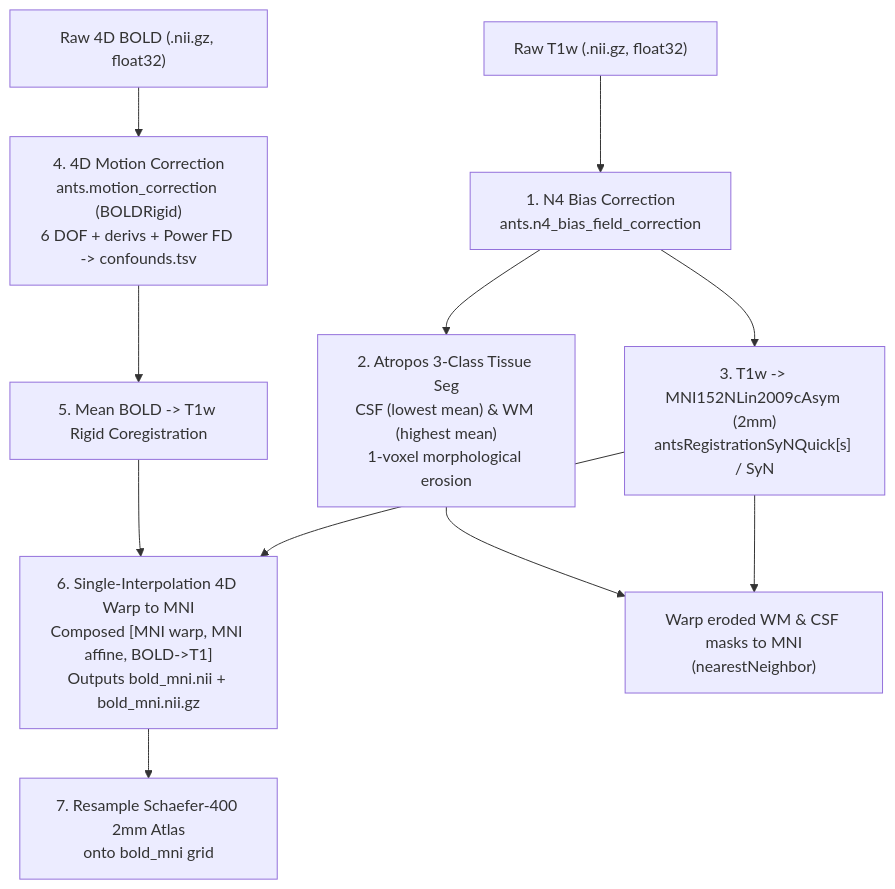
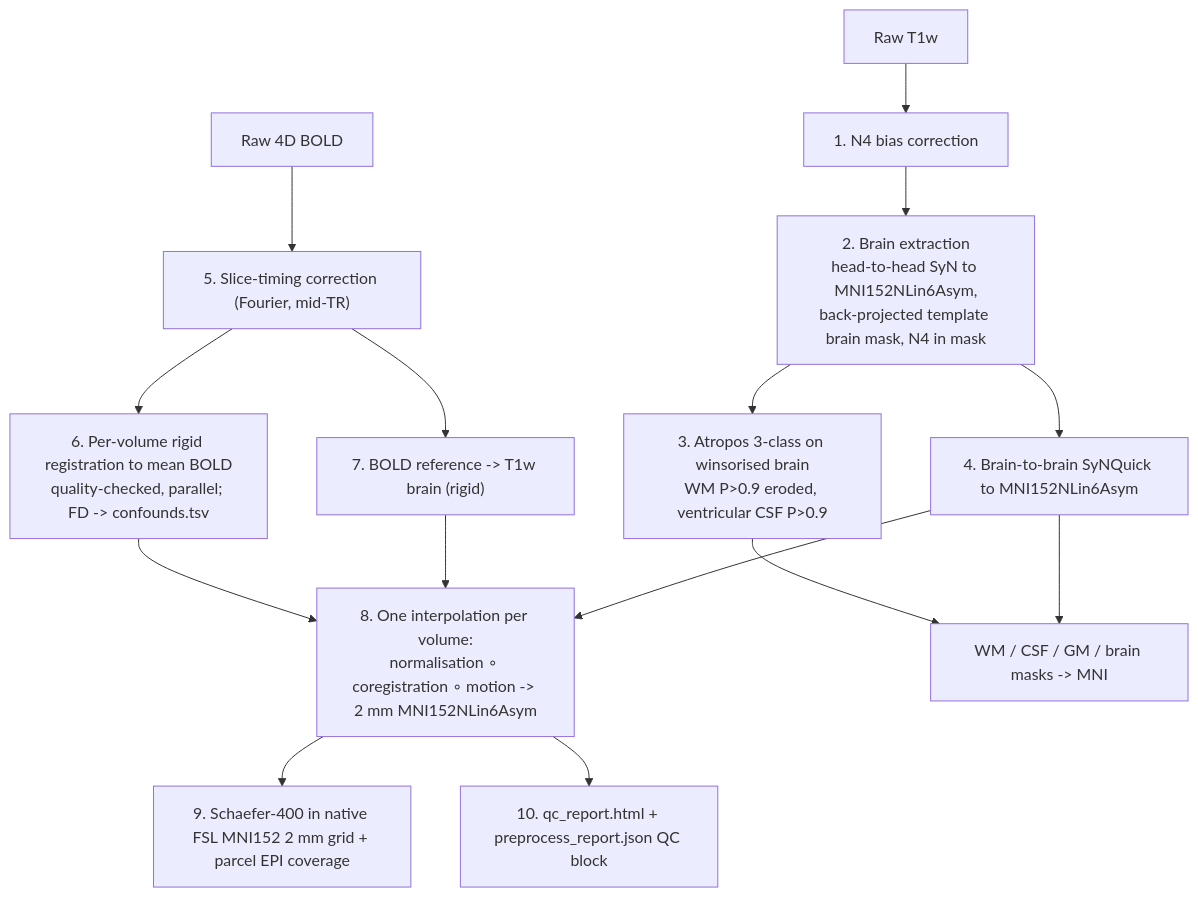
One commit to CCS-NIMHANS/CCS_fMRIStudio changed the diagram in docs/wiki/Preprocessing-and-DICOM-BIDS.md. Above: the diagram before and after it, drawn with Mermaid. The commit also changed other lines of this file and 57 other files, not shown here.

````diff
--- a/docs/wiki/Preprocessing-and-DICOM-BIDS.md
+++ b/docs/wiki/Preprocessing-and-DICOM-BIDS.md
@@ -25,14 +25,17 @@
 ```mermaid
 flowchart TD
-  T1["Raw T1w (.nii.gz, float32)"] --> N4["1. N4 Bias Correction<br/>ants.n4_bias_field_correction"]
-  N4 --> SEG["2. Atropos 3-Class Tissue Seg<br/>CSF (lowest mean) &amp; WM (highest mean)<br/>1-voxel morphological erosion"]
-  N4 --> MNIREG["3. T1w -> MNI152NLin2009cAsym (2mm)<br/>antsRegistrationSyNQuick[s] / SyN"]
-
-  BOLD["Raw 4D BOLD (.nii.gz, float32)"] --> MOCO["4. 4D Motion Correction<br/>ants.motion_correction (BOLDRigid)<br/>6 DOF + derivs + Power FD -> confounds.tsv"]
-  MOCO --> MEAN["5. Mean BOLD -> T1w Rigid Coregistration"]
-  MEAN --> WARP["6. Single-Interpolation 4D Warp to MNI<br/>Composed [MNI warp, MNI affine, BOLD->T1]<br/>Outputs bold_mni.nii + bold_mni.nii.gz"]
+  T1["Raw T1w"] --> N4["1. N4 bias correction"]
+  N4 --> BET["2. Brain extraction<br/>head-to-head SyN to MNI152NLin6Asym,<br/>back-projected template brain mask, N4 in mask"]
+  BET --> SEG["3. Atropos 3-class on winsorised brain<br/>WM P&gt;0.9 eroded, ventricular CSF P&gt;0.9"]
+  BET --> MNIREG["4. Brain-to-brain SyNQuick to MNI152NLin6Asym"]
+  BOLD["Raw 4D BOLD"] --> STC["5. Slice-timing correction (Fourier, mid-TR)"]
+  STC --> MOCO["6. Per-volume rigid registration to mean BOLD<br/>quality-checked, parallel; FD -> confounds.tsv"]
+  STC --> COREG["7. BOLD reference -> T1w brain (rigid)"]
+  MOCO --> WARP["8. One interpolation per volume:<br/>normalisation ∘ coregistration ∘ motion -> 2 mm MNI152NLin6Asym"]
+  COREG --> WARP
   MNIREG --> WARP
-  SEG --> MASKWARP["Warp eroded WM &amp; CSF masks to MNI<br/>(nearestNeighbor)"]
+  SEG --> MASKWARP["WM / CSF / GM / brain masks -> MNI"]
   MNIREG --> MASKWARP
-  WARP --> SCH["7. Resample Schaefer-400 2mm Atlas<br/>onto bold_mni grid"]
+  WARP --> SCH["9. Schaefer-400 in native FSL MNI152 2 mm grid + parcel EPI coverage"]
+  WARP --> QC["10. qc_report.html + preprocess_report.json QC block"]
 ```
````
